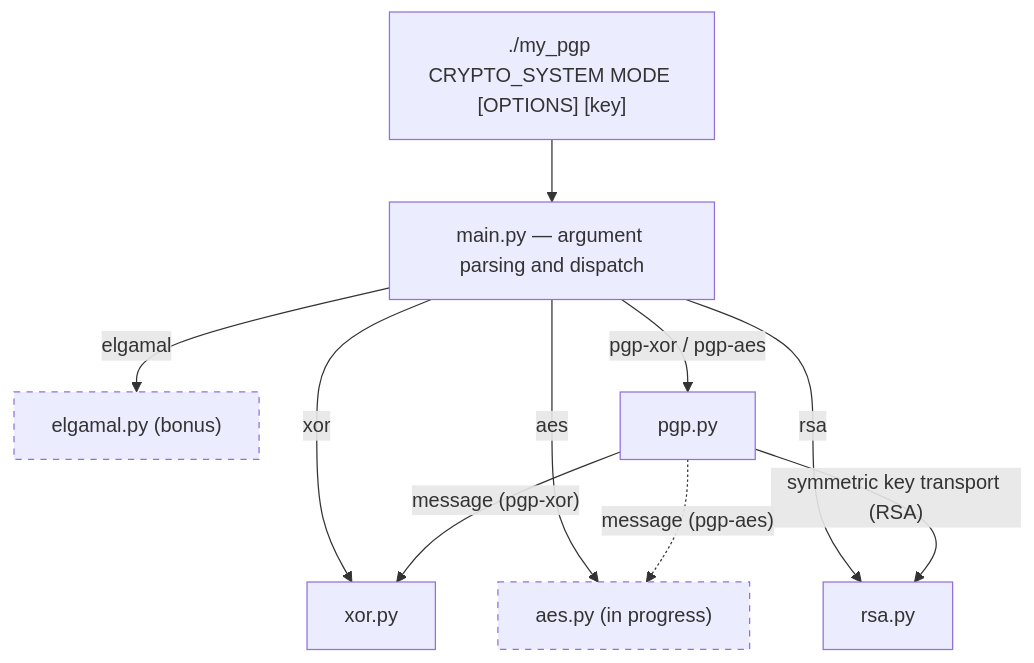
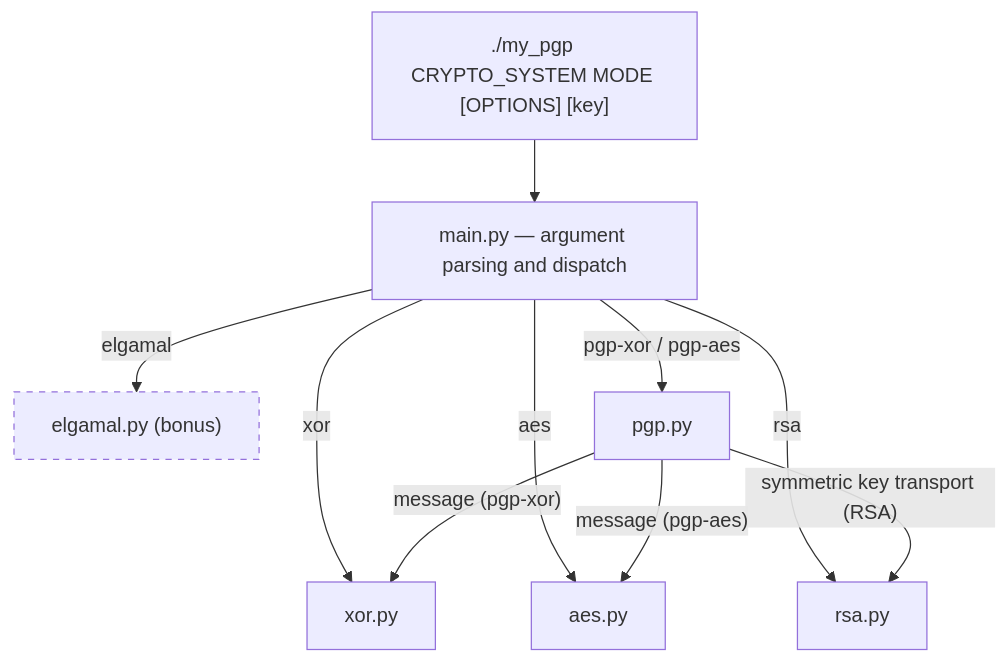
The diagram in README.md (Nivek-Hyn/epitech-my_pgp), drawn with Mermaid before and after one commit. The commit also changed other lines of this file, not shown here.

Commit message:
docs: update README with the completed aes and pgp-aes systems

````diff
--- a/README.md
+++ b/README.md
@@ -51,18 +57,17 @@
 ```mermaid
 flowchart TD
     CLI["./my_pgp CRYPTO_SYSTEM MODE [OPTIONS] [key]"]
     CLI --> MAIN["main.py — argument parsing and dispatch"]
 
     MAIN -->|xor| XOR["xor.py"]
-    MAIN -->|aes| AES["aes.py (in progress)"]
+    MAIN -->|aes| AES["aes.py"]
     MAIN -->|rsa| RSA["rsa.py"]
     MAIN -->|elgamal| EG["elgamal.py (bonus)"]
     MAIN -->|pgp-xor / pgp-aes| PGP["pgp.py"]
 
     PGP -->|"symmetric key transport (RSA)"| RSA
     PGP -->|"message (pgp-xor)"| XOR
-    PGP -.->|"message (pgp-aes)"| AES
+    PGP -->|"message (pgp-aes)"| AES
 
-    style AES stroke-dasharray: 5 5
     style EG stroke-dasharray: 5 5
 ```
````
